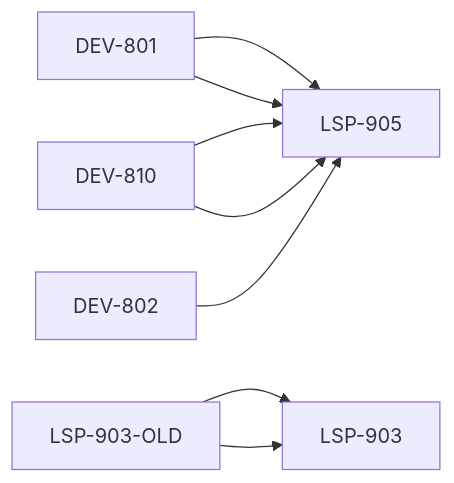
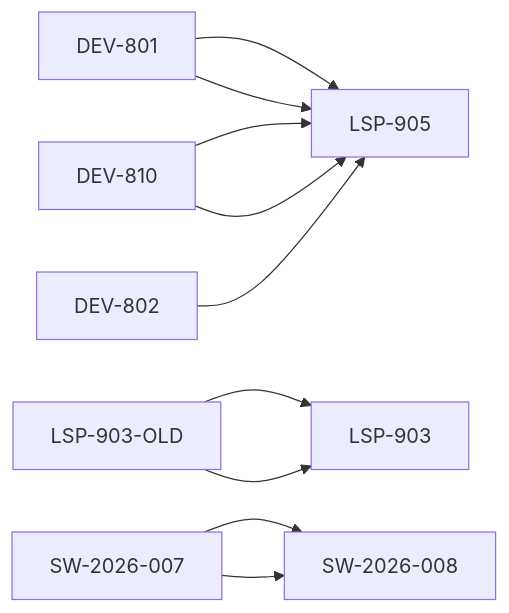
The diagram in 00_Obsidian_Base全局规范文件仓库/规范元数据汇总报告.md (baiyangfu-hash/My_Workspace), drawn with Mermaid before and after one commit. The commit also changed other lines of this file and 19 other files, not shown here.

````diff
--- a/00_Obsidian_Base全局规范文件仓库/规范元数据汇总报告.md
+++ b/00_Obsidian_Base全局规范文件仓库/规范元数据汇总报告.md
@@ -57,10 +57,12 @@
 ```mermaid
 graph LR
     DEV-801 --> LSP-905
     DEV-810 --> LSP-905
     LSP-903-OLD --> LSP-903
     DEV-801 --> LSP-905
     DEV-802 --> LSP-905
     DEV-810 --> LSP-905
     LSP-903-OLD --> LSP-903
+    SW-2026-007 --> SW-2026-008
+    SW-2026-007 --> SW-2026-008
 ```
````
